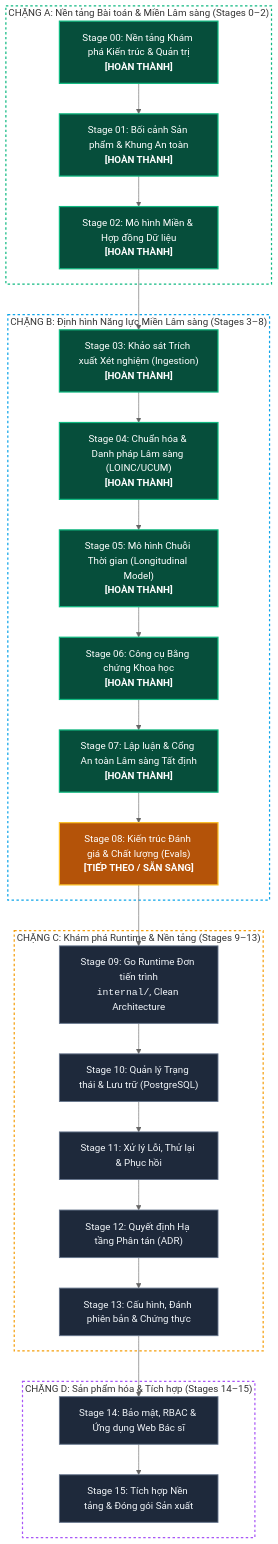
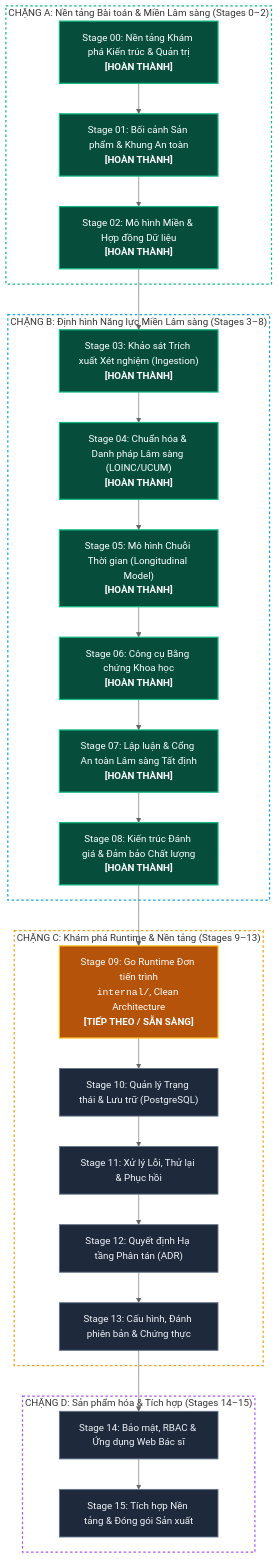
The third of 9 diagrams in README.vi.md (DuyVuux/BiolyzerAgent), drawn with Mermaid (neutral theme) before and after one commit. The commit also changed other lines of this file and 37 other files, not shown here.

````diff
--- a/README.vi.md
+++ b/README.vi.md
@@ -116,38 +117,38 @@
 ```mermaid
 flowchart TD
     classDef done fill:#064e3b,stroke:#10b981,stroke-width:2px,color:#ffffff;
     classDef current fill:#b45309,stroke:#fbbf24,stroke-width:2px,color:#ffffff;
     classDef queued fill:#1e293b,stroke:#64748b,stroke-width:1.5px,color:#f1f5f9;
 
     subgraph PhaseA["CHẶNG A: Nền tảng Bài toán & Miền Lâm sàng (Stages 0–2)"]
         S0["Stage 00: Nền tảng Khám phá Kiến trúc & Quản trị<br/><b>[HOÀN THÀNH]</b>"]:::done --> S1["Stage 01: Bối cảnh Sản phẩm & Khung An toàn<br/><b>[HOÀN THÀNH]</b>"]:::done
         S1 --> S2["Stage 02: Mô hình Miền & Hợp đồng Dữ liệu<br/><b>[HOÀN THÀNH]</b>"]:::done
     end
 
     subgraph PhaseB["CHẶNG B: Định hình Năng lực Miền Lâm sàng (Stages 3–8)"]
         S2 --> S3["Stage 03: Khảo sát Trích xuất Xét nghiệm (Ingestion)<br/><b>[HOÀN THÀNH]</b>"]:::done
         S3 --> S4["Stage 04: Chuẩn hóa & Danh pháp Lâm sàng (LOINC/UCUM)<br/><b>[HOÀN THÀNH]</b>"]:::done
         S4 --> S5["Stage 05: Mô hình Chuỗi Thời gian (Longitudinal Model)<br/><b>[HOÀN THÀNH]</b>"]:::done
         S5 --> S6["Stage 06: Công cụ Bằng chứng Khoa học<br/><b>[HOÀN THÀNH]</b>"]:::done
         S6 --> S7["Stage 07: Lập luận & Cổng An toàn Lâm sàng Tất định<br/><b>[HOÀN THÀNH]</b>"]:::done
-        S7 --> S8["Stage 08: Kiến trúc Đánh giá & Chất lượng (Evals)<br/><b>[TIẾP THEO / SẴN SÀNG]</b>"]:::current
+        S7 --> S8["Stage 08: Kiến trúc Đánh giá & Đảm bảo Chất lượng<br/><b>[HOÀN THÀNH]</b>"]:::done
     end
 
     subgraph PhaseC["CHẶNG C: Khám phá Runtime & Nền tảng (Stages 9–13)"]
-        S8 --> S9["Stage 09: Go Runtime Đơn tiến trình<br/><code>internal/</code>, Clean Architecture"]:::queued
+        S8 --> S9["Stage 09: Go Runtime Đơn tiến trình<br/><code>internal/</code>, Clean Architecture<br/><b>[TIẾP THEO / SẴN SÀNG]</b>"]:::current
         S9 --> S10["Stage 10: Quản lý Trạng thái & Lưu trữ (PostgreSQL)"]:::queued
         S10 --> S11["Stage 11: Xử lý Lỗi, Thử lại & Phục hồi"]:::queued
         S11 --> S12["Stage 12: Quyết định Hạ tầng Phân tán (ADR)"]:::queued
         S12 --> S13["Stage 13: Cấu hình, Đánh phiên bản & Chứng thực"]:::queued
     end
 
     subgraph PhaseD["CHẶNG D: Sản phẩm hóa & Tích hợp (Stages 14–15)"]
         S13 --> S14["Stage 14: Bảo mật, RBAC & Ứng dụng Web Bác sĩ"]:::queued
         S14 --> S15["Stage 15: Tích hợp Nền tảng & Đóng gói Sản xuất"]:::queued
     end
 
     style PhaseA fill:none,stroke:#10b981,stroke-width:2px,stroke-dasharray: 4 4;
     style PhaseB fill:none,stroke:#0ea5e9,stroke-width:2px,stroke-dasharray: 4 4;
     style PhaseC fill:none,stroke:#f59e0b,stroke-width:2px,stroke-dasharray: 4 4;
     style PhaseD fill:none,stroke:#a855f7,stroke-width:2px,stroke-dasharray: 4 4;
 ```
````
